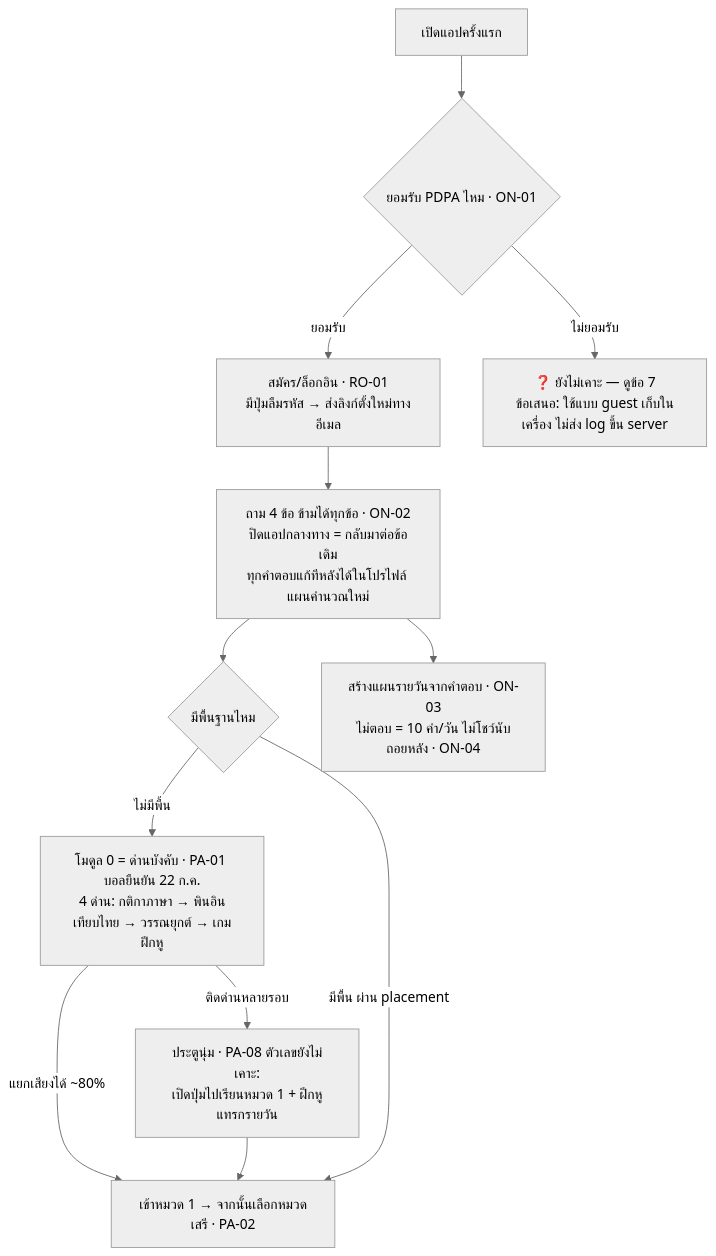
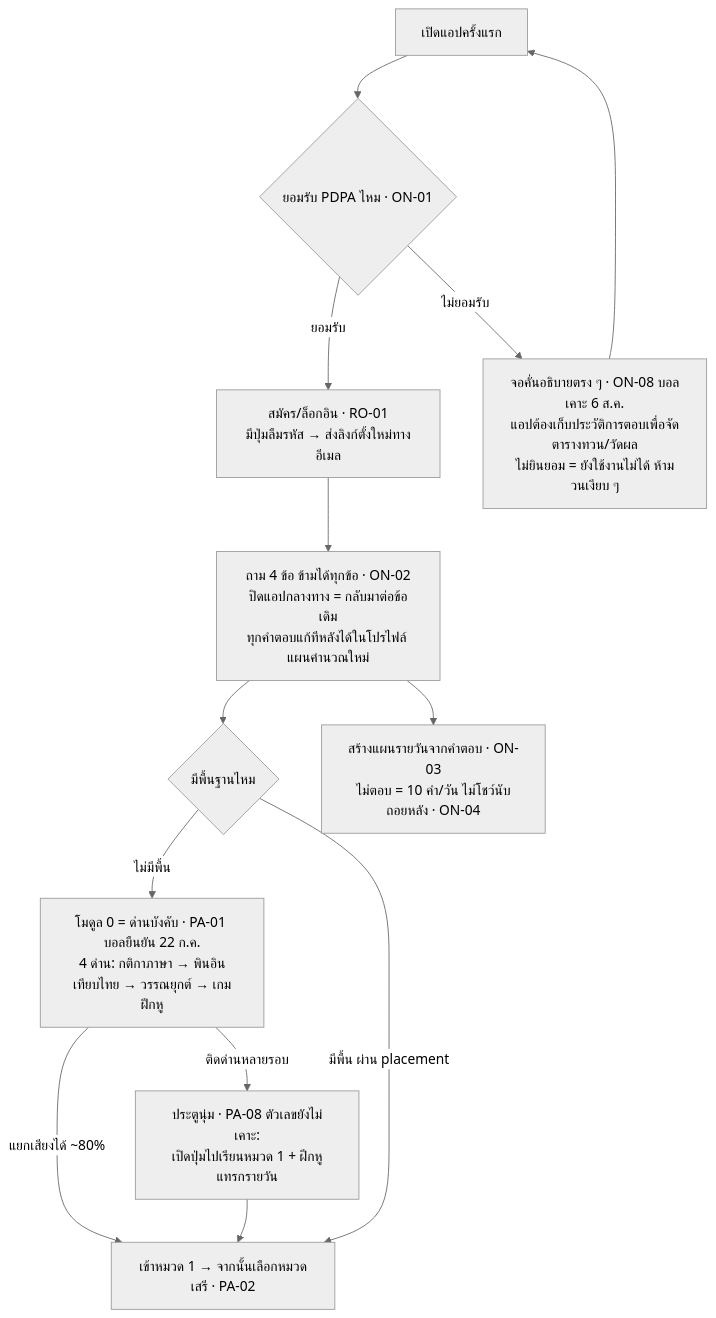
One commit to barbon441/Intelligent-Chinese-Tutoring-System-for-Thai-Learners changed the first of 6 diagrams in docs/08_สเปค-พัฒนา/โฟลว์ผู้ใช้-สิทธิ์แอดมิน.md. Above: the diagram before and after it, drawn with Mermaid (neutral theme). The commit also changed other lines of this file and 1 other file, not shown here.

Commit message:
ON-08 decided (Ball, Aug 6): PDPA decline = no access, no guest mode — explainer interstitial then loop back to start; flow diagram updated, undecided list 7->6, rulebook row added

````diff
--- a/docs/08_สเปค-พัฒนา/โฟลว์ผู้ใช้-สิทธิ์แอดมิน.md
+++ b/docs/08_สเปค-พัฒนา/โฟลว์ผู้ใช้-สิทธิ์แอดมิน.md
@@ -44,14 +44,15 @@
 ```mermaid
 flowchart TD
     A[เปิดแอปครั้งแรก] --> B{ยอมรับ PDPA ไหม · ON-01}
     B -- ยอมรับ --> C[สมัคร/ล็อกอิน · RO-01<br/>มีปุ่มลืมรหัส → ส่งลิงก์ตั้งใหม่ทางอีเมล]
-    B -- ไม่ยอมรับ --> B2[❓ ยังไม่เคาะ — ดูข้อ 7<br/>ข้อเสนอ: ใช้แบบ guest เก็บในเครื่อง ไม่ส่ง log ขึ้น server]
+    B -- ไม่ยอมรับ --> B2[จอคั่นอธิบายตรง ๆ · ON-08 บอลเคาะ 6 ส.ค.<br/>แอปต้องเก็บประวัติการตอบเพื่อจัดตารางทวน/วัดผล<br/>ไม่ยินยอม = ยังใช้งานไม่ได้ ห้ามวนเงียบ ๆ]
+    B2 --> A
     C --> D[ถาม 4 ข้อ ข้ามได้ทุกข้อ · ON-02<br/>ปิดแอปกลางทาง = กลับมาต่อข้อเดิม<br/>ทุกคำตอบแก้ทีหลังได้ในโปรไฟล์ แผนคำนวณใหม่]
     D --> E{มีพื้นฐานไหม}
     E -- ไม่มีพื้น --> F[โมดูล 0 = ด่านบังคับ · PA-01 บอลยืนยัน 22 ก.ค.<br/>4 ด่าน: กติกาภาษา → พินอินเทียบไทย → วรรณยุกต์ → เกมฝึกหู]
     F -- แยกเสียงได้ ~80% --> G[เข้าหมวด 1 → จากนั้นเลือกหมวดเสรี · PA-02]
     F -- ติดด่านหลายรอบ --> H[ประตูนุ่ม · PA-08 ตัวเลขยังไม่เคาะ:<br/>เปิดปุ่มไปเรียนหมวด 1 + ฝึกหูแทรกรายวัน]
     E -- มีพื้น ผ่าน placement --> G
     H --> G
     D --> I[สร้างแผนรายวันจากคำตอบ · ON-03<br/>ไม่ตอบ = 10 คำ/วัน ไม่โชว์นับถอยหลัง · ON-04]
 ```
````
